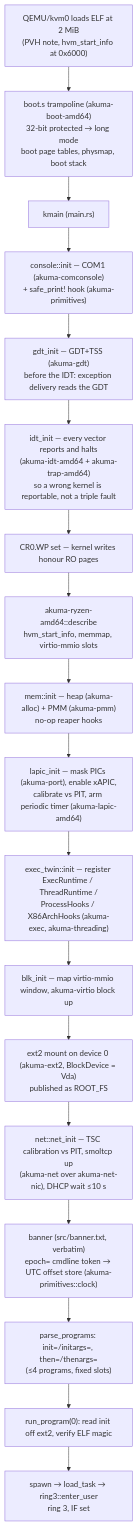
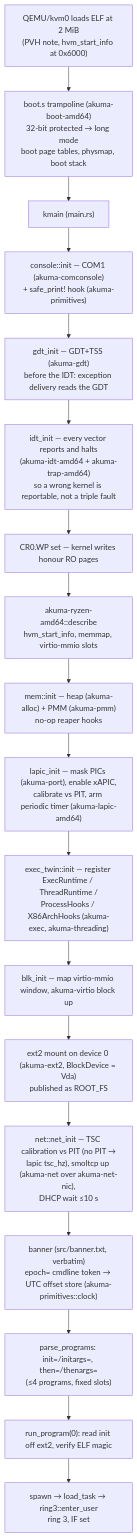
One commit to netoneko/akuma changed the diagram in taoxichuan/docs/diagrams/boot-to-init.md. Above: the diagram before and after it, drawn with Mermaid. The commit also changed 4 other files, not shown here.

````diff
--- a/taoxichuan/docs/diagrams/boot-to-init.md
+++ b/taoxichuan/docs/diagrams/boot-to-init.md
@@ -5,20 +5,20 @@
 ```mermaid
 flowchart TD
     A["QEMU/kvm0 loads ELF at 2 MiB<br/>(PVH note, hvm_start_info at 0x6000)"] --> B["boot.s trampoline (akuma-boot-amd64)<br/>32-bit protected → long mode<br/>boot page tables, physmap, boot stack"]
     B --> C["kmain (main.rs)"]
     C --> D["console::init — COM1 (akuma-comconsole)<br/>+ safe_print! hook (akuma-primitives)"]
     D --> E["gdt_init — GDT+TSS (akuma-gdt)<br/>before the IDT: exception delivery reads the GDT"]
     E --> F["idt_init — every vector reports and halts<br/>(akuma-idt-amd64 + akuma-trap-amd64)<br/>so a wrong kernel is reportable, not a triple fault"]
     F --> G["CR0.WP set — kernel writes honour RO pages"]
     G --> H["akuma-ryzen-amd64::describe<br/>hvm_start_info, memmap, virtio-mmio slots"]
     H --> I["mem::init — heap (akuma-alloc) + PMM (akuma-pmm)<br/>no-op reaper hooks"]
     I --> J["lapic_init — mask PICs (akuma-port), enable xAPIC,<br/>calibrate vs PIT, arm periodic timer (akuma-lapic-amd64)"]
     J --> K["exec_twin::init — register ExecRuntime / ThreadRuntime /<br/>ProcessHooks / X86ArchHooks (akuma-exec, akuma-threading)"]
     K --> L["blk_init — map virtio-mmio window, akuma-virtio block up"]
     L --> M["ext2 mount on device 0 (akuma-ext2, BlockDevice = Vda)<br/>published as ROOT_FS"]
-    M --> N["net::net_init — TSC calibration vs PIT, smoltcp up<br/>(akuma-net over akuma-net-nic), DHCP wait ≤10 s"]
+    M --> N["net::net_init — TSC calibration vs PIT (no PIT →<br/>lapic tsc_hz), smoltcp up (akuma-net over akuma-net-nic),<br/>DHCP wait ≤10 s"]
     N --> O["banner (src/banner.txt, verbatim)<br/>epoch= cmdline token → UTC offset store (akuma-primitives::clock)"]
     O --> P["parse_programs: init=/initargs=, then=/thenargs=<br/>(≤4 programs, fixed slots)"]
     P --> Q["run_program(0): read init off ext2, verify ELF magic"]
     Q --> R["spawn → load_task → ring3::enter_user<br/>ring 3, IF set"]
 ```
````
